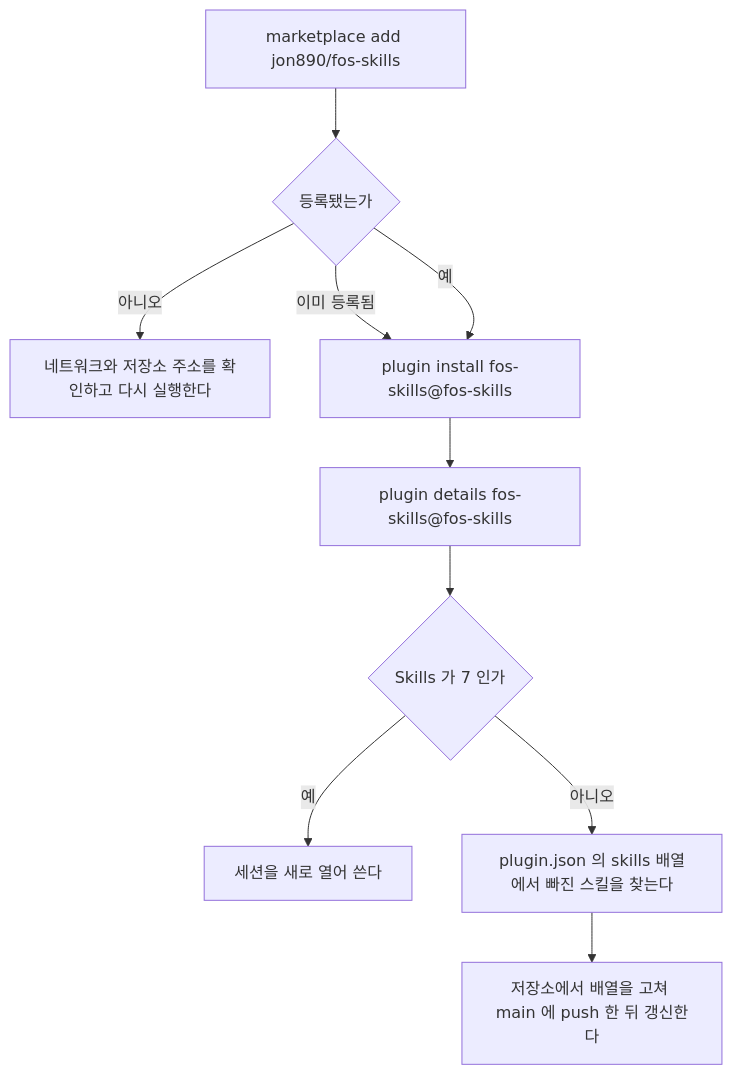
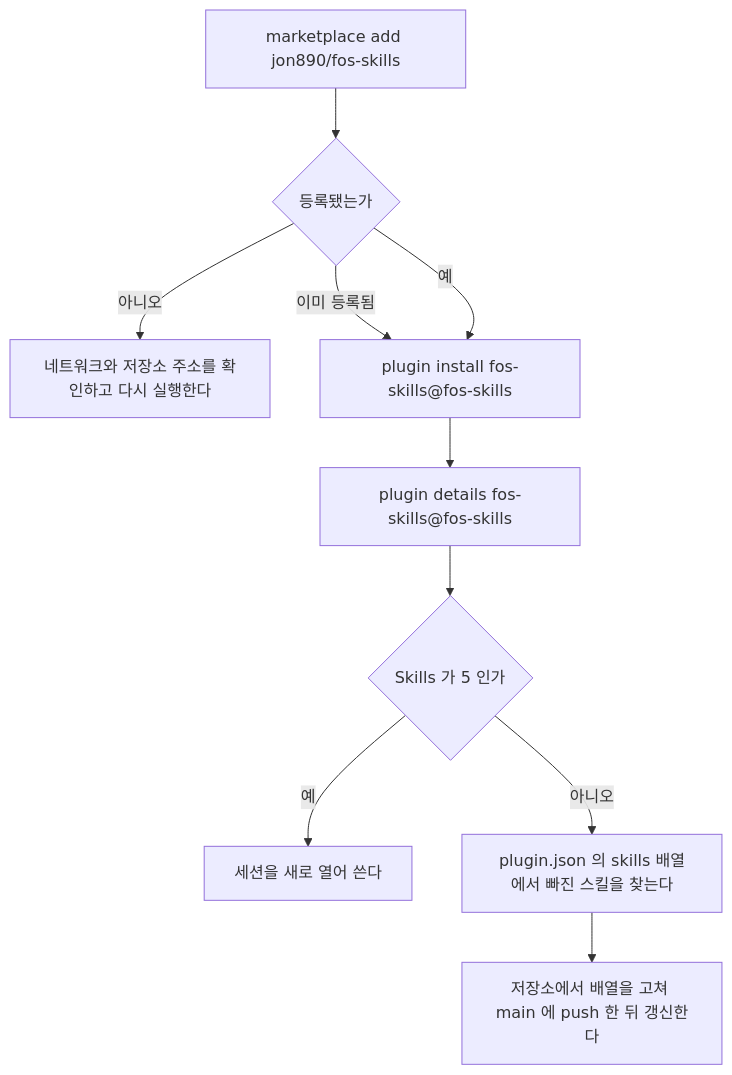
Before and after one commit to jon890/fos-skills: the first of 4 diagrams in docs/flow.md, drawn with Mermaid. The commit also changed other lines of this file and 5 other files, not shown here.

````diff
--- a/docs/flow.md
+++ b/docs/flow.md
@@ -16,12 +21,12 @@
 ```mermaid
 flowchart TD
     A[marketplace add jon890/fos-skills] --> B{등록됐는가}
     B -- 아니오 --> B1[네트워크와 저장소 주소를 확인하고 다시 실행한다]
     B -- 이미 등록됨 --> C
     B -- 예 --> C[plugin install fos-skills@fos-skills]
     C --> D[plugin details fos-skills@fos-skills]
-    D --> E{Skills 가 7 인가}
+    D --> E{Skills 가 5 인가}
     E -- 예 --> F[세션을 새로 열어 쓴다]
     E -- 아니오 --> G[plugin.json 의 skills 배열에서 빠진 스킬을 찾는다]
     G --> H[저장소에서 배열을 고쳐 main 에 push 한 뒤 갱신한다]
 ```
````
